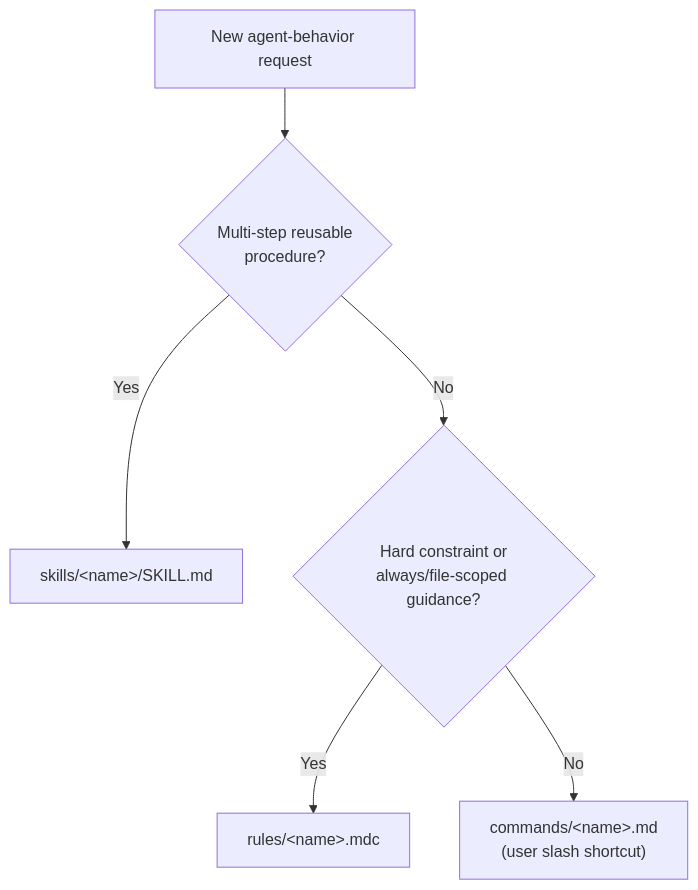
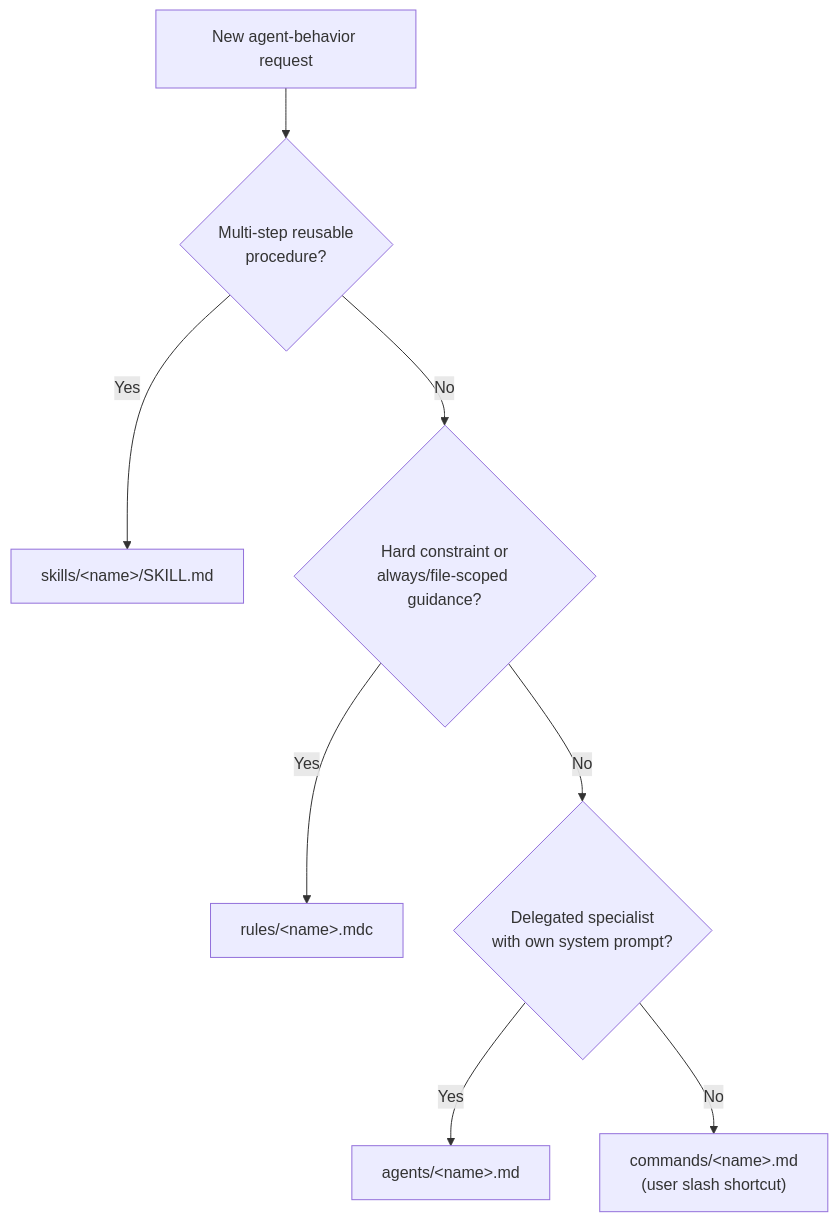
Before and after one commit to ATOMANGELETTI/GenSource.Template: the diagram in .cursor/AGENTS.md, drawn with Mermaid. The commit also changed other lines of this file and 157 other files, not shown here.

````diff
--- a/.cursor/AGENTS.md
+++ b/.cursor/AGENTS.md
@@ -57,8 +61,10 @@
 ```mermaid
 flowchart TD
   Start["New agent-behavior request"] --> Q1{"Multi-step reusable\nprocedure?"}
   Q1 -->|Yes| Skill["skills/&lt;name&gt;/SKILL.md"]
   Q1 -->|No| Q2{"Hard constraint or\nalways/file-scoped guidance?"}
   Q2 -->|Yes| Rule["rules/&lt;name&gt;.mdc"]
-  Q2 -->|No| Cmd["commands/&lt;name&gt;.md\n(user slash shortcut)"]
+  Q2 -->|No| Q3{"Delegated specialist\nwith own system prompt?"}
+  Q3 -->|Yes| Agent["agents/&lt;name&gt;.md"]
+  Q3 -->|No| Cmd["commands/&lt;name&gt;.md\n(user slash shortcut)"]
 ```
````
